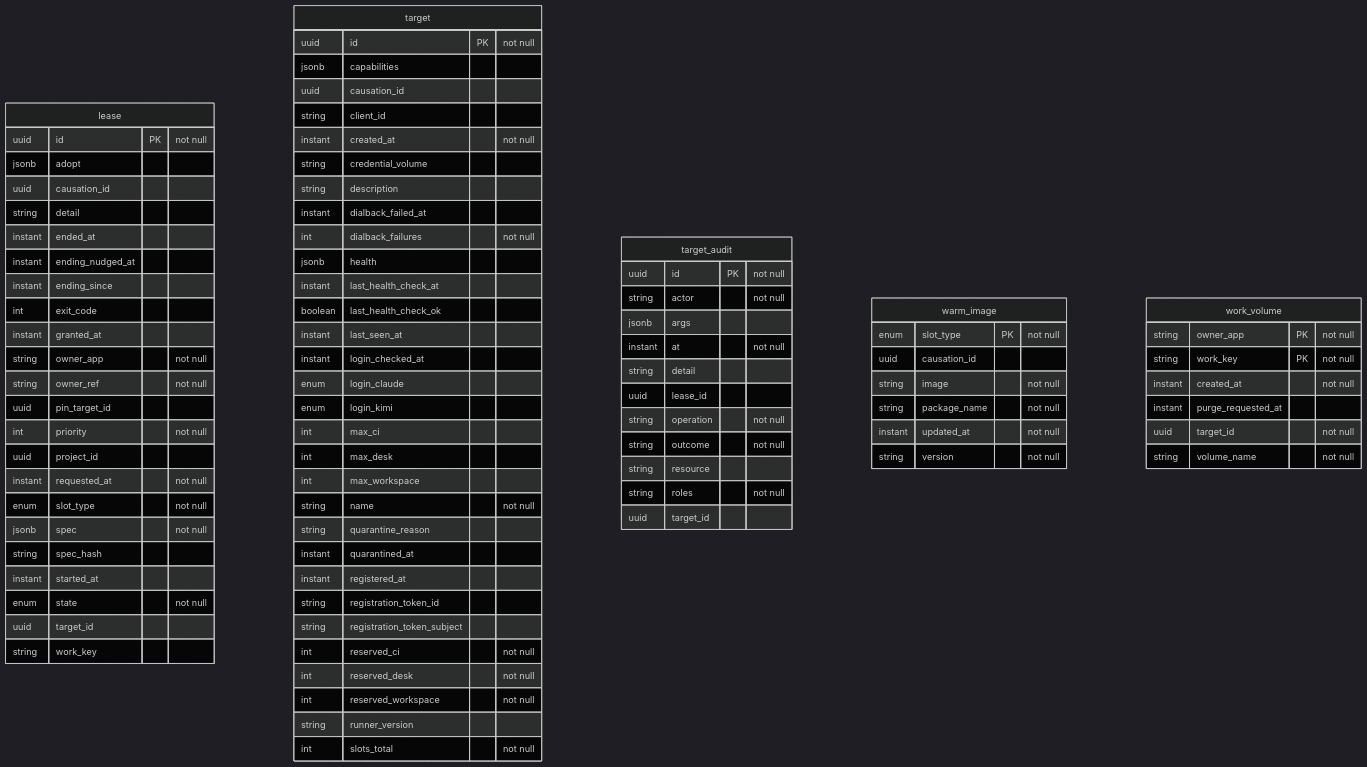
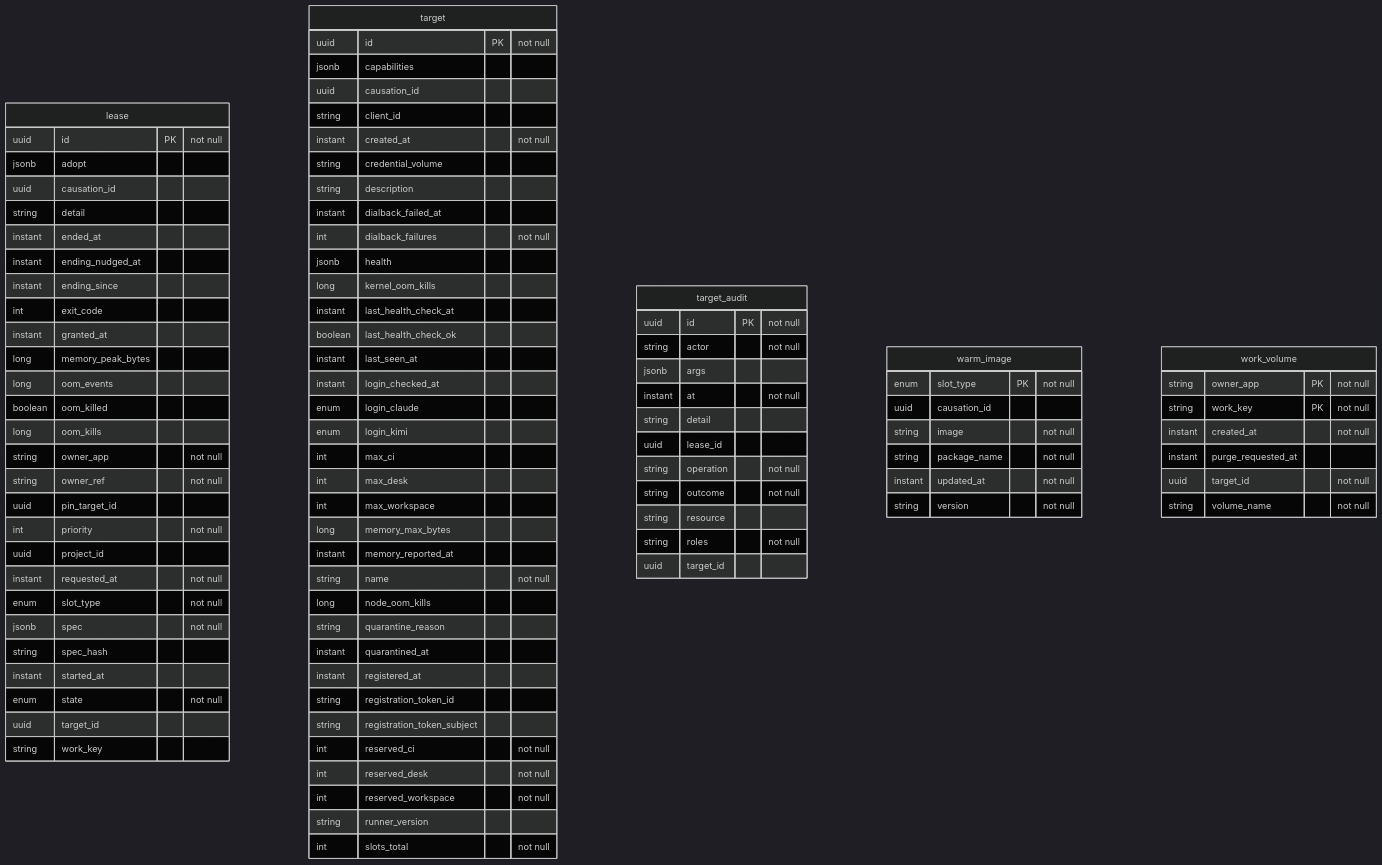
One commit to QuicklyIterateTheSoftware/qits-system-service changed the diagram in docs/database/system.md. Above: the diagram before and after it, drawn with Mermaid (dark theme).

Commit message:
chore(qits-1818): update entity diagram

```diff
--- a/docs/database/system.md
+++ b/docs/database/system.md
@@ -16,6 +16,10 @@
     instant ending_since
     int exit_code
     instant granted_at
+    long memory_peak_bytes
+    long oom_events
+    boolean oom_killed
+    long oom_kills
     string owner_app "not null"
     string owner_ref "not null"
     uuid pin_target_id
@@ -42,6 +46,7 @@
     instant dialback_failed_at
     int dialback_failures "not null"
     jsonb health
+    long kernel_oom_kills
     instant last_health_check_at
     boolean last_health_check_ok
     instant last_seen_at
@@ -51,7 +56,10 @@
     int max_ci
     int max_desk
     int max_workspace
+    long memory_max_bytes
+    instant memory_reported_at
     string name "not null"
+    long node_oom_kills
     string quarantine_reason
     instant quarantined_at
     instant registered_at
```
